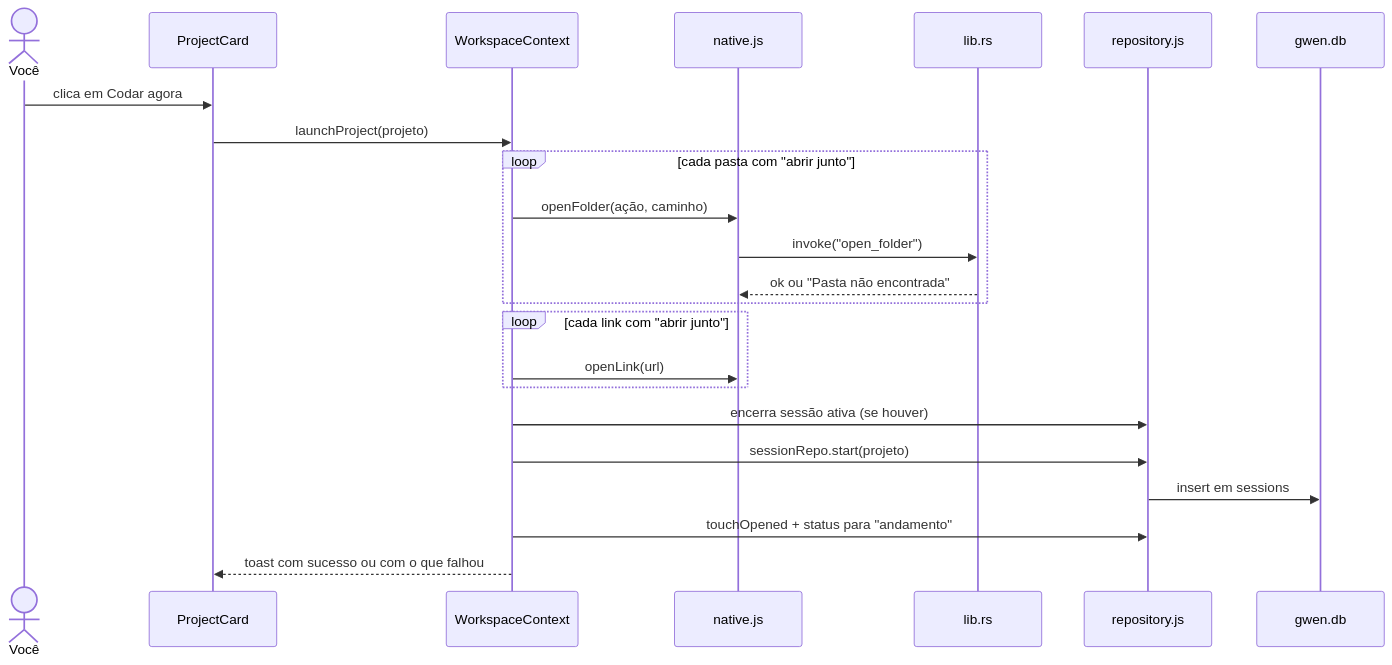
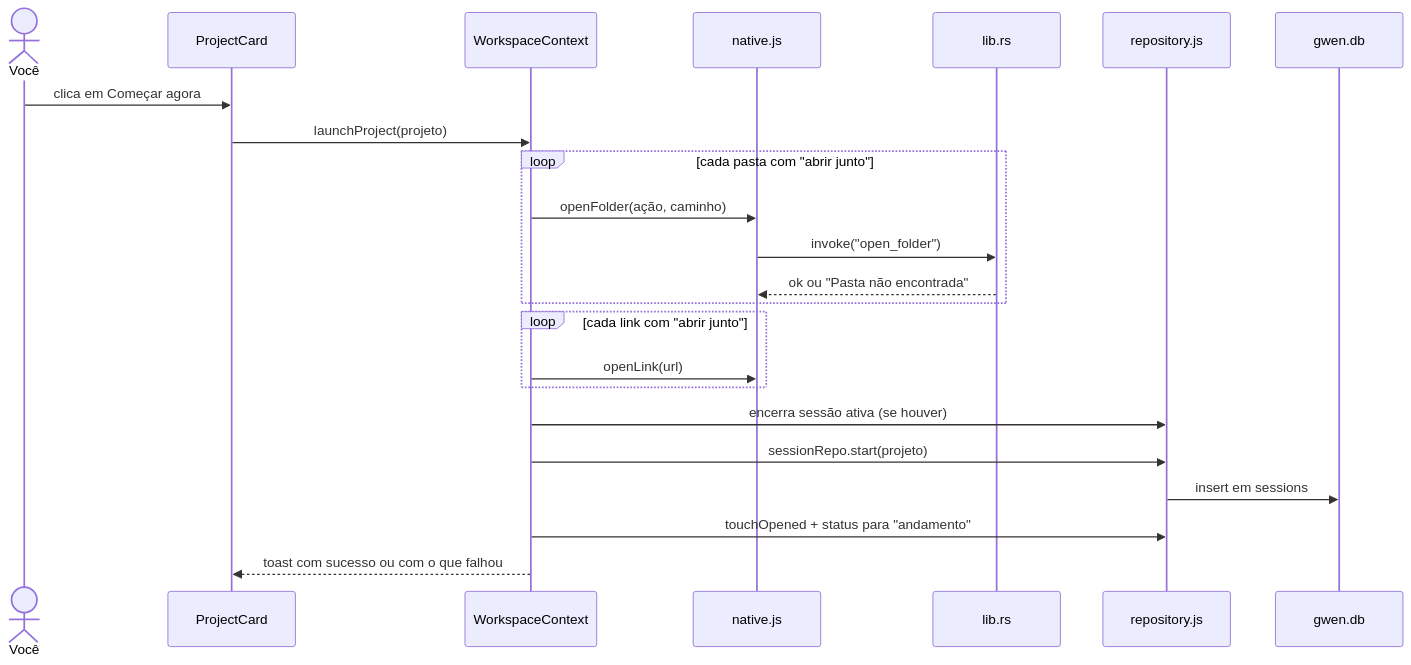
One commit to SamaraSilvia81/gwen-app changed the second of 4 diagrams in docs/ARQ-001-visao-geral.md. Above: the diagram before and after it, drawn with Mermaid. The commit also changed other lines of this file and 5 other files, not shown here.

````diff
--- a/docs/ARQ-001-visao-geral.md
+++ b/docs/ARQ-001-visao-geral.md
@@ -95,26 +95,26 @@
 ```mermaid
 sequenceDiagram
   actor S as Você
   participant Card as ProjectCard
   participant WS as WorkspaceContext
   participant Nat as native.js
   participant Rust as lib.rs
   participant Repo as repository.js
   participant DB as gwen.db
 
-  S->>Card: clica em Codar agora
+  S->>Card: clica em Começar agora
   Card->>WS: launchProject(projeto)
   loop cada pasta com "abrir junto"
     WS->>Nat: openFolder(ação, caminho)
     Nat->>Rust: invoke("open_folder")
     Rust-->>Nat: ok ou "Pasta não encontrada"
   end
   loop cada link com "abrir junto"
     WS->>Nat: openLink(url)
   end
   WS->>Repo: encerra sessão ativa (se houver)
   WS->>Repo: sessionRepo.start(projeto)
   Repo->>DB: insert em sessions
   WS->>Repo: touchOpened + status para "andamento"
   WS-->>Card: toast com sucesso ou com o que falhou
 ```
````
